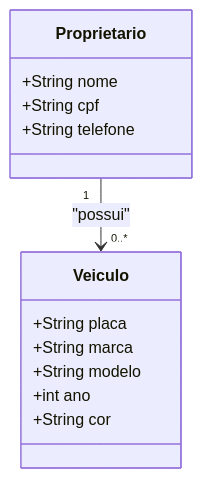
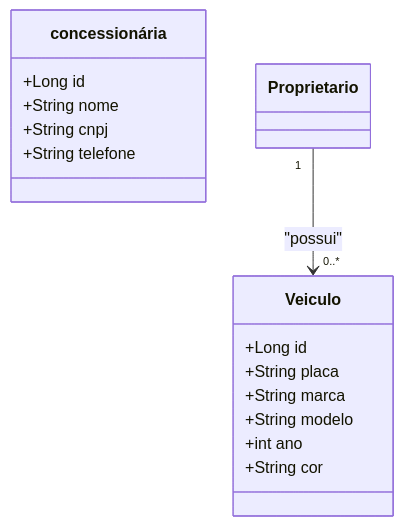
The diagram in README.md (Matheus-Barkokebas/desafio1-avanade-cadastro-veiculos), drawn with Mermaid before and after one commit.

````diff
--- a/README.md
+++ b/README.md
@@ -1,19 +1,21 @@
 ```mermaid
 classDiagram
     class Veiculo {
+        +Long id
         +String placa
         +String marca
         +String modelo
         +int ano
         +String cor
     }
 
-    class Proprietario {
+    class concessionária {
+        +Long id
         +String nome
-        +String cpf
+        +String cnpj
         +String telefone
     }
 
     Proprietario "1" --> "0..*" Veiculo : "possui"
 
 ```
````
